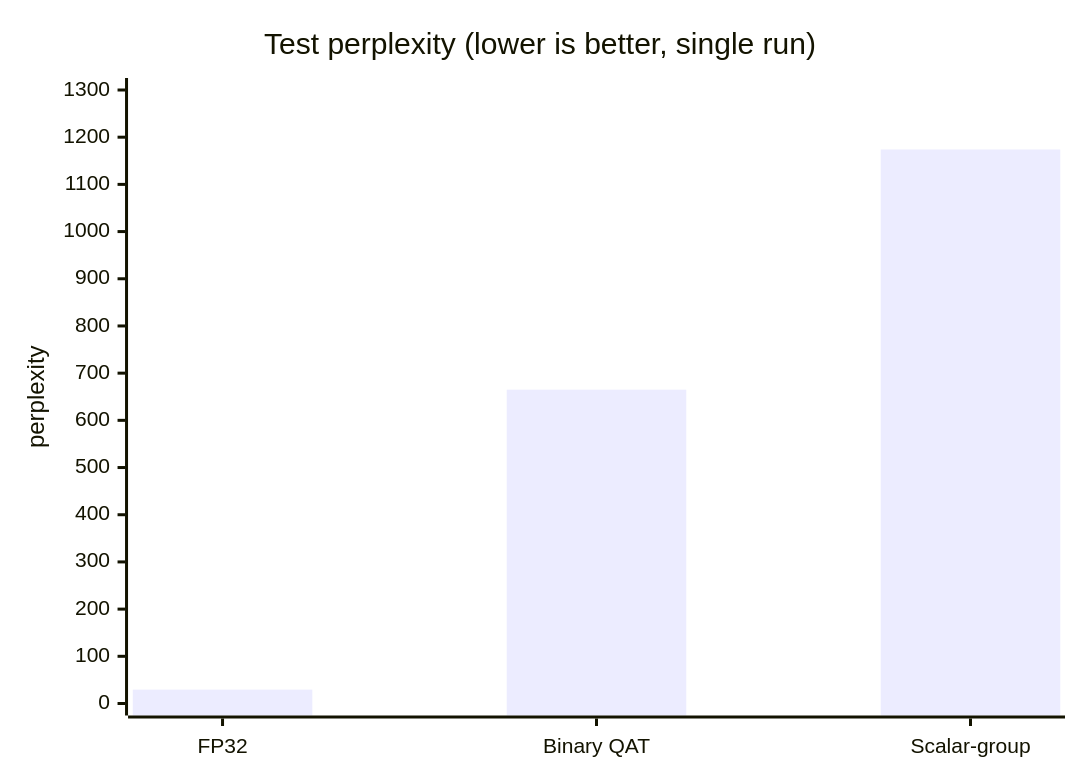
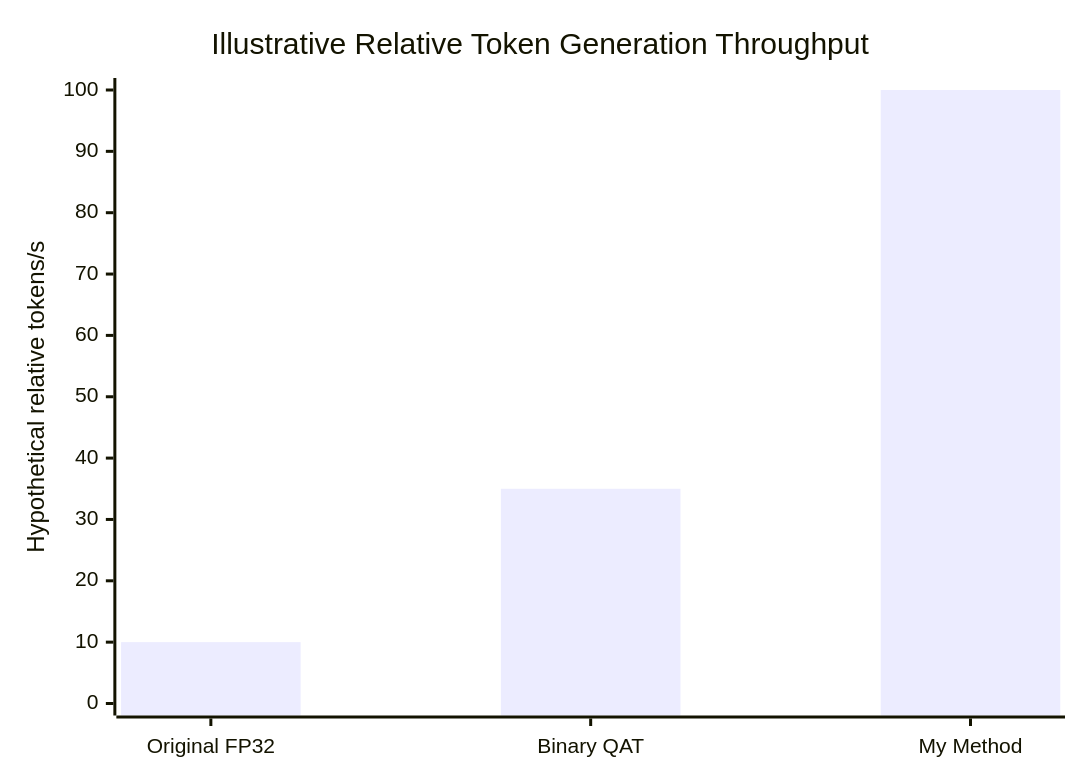
Before and after one commit to elliotlib/model-compress: the diagram in README.md, drawn with Mermaid. The commit also changed other lines of this file, not shown here.

````diff
--- a/README.md
+++ b/README.md
@@ -34,7 +50,7 @@
 ```mermaid
 xychart-beta
-    title "Test perplexity (lower is better, single run)"
-    x-axis ["FP32", "Binary QAT", "Scalar-group"]
-    y-axis "perplexity" 0 --> 1300
-    bar [29.4, 665, 1174]
+    title "Illustrative Relative Token Generation Throughput"
+    x-axis ["Original FP32", "Binary QAT", "My Method"]
+    y-axis "Hypothetical relative tokens/s" 0 --> 100
+    bar [10, 35, 100]
 ```
````
